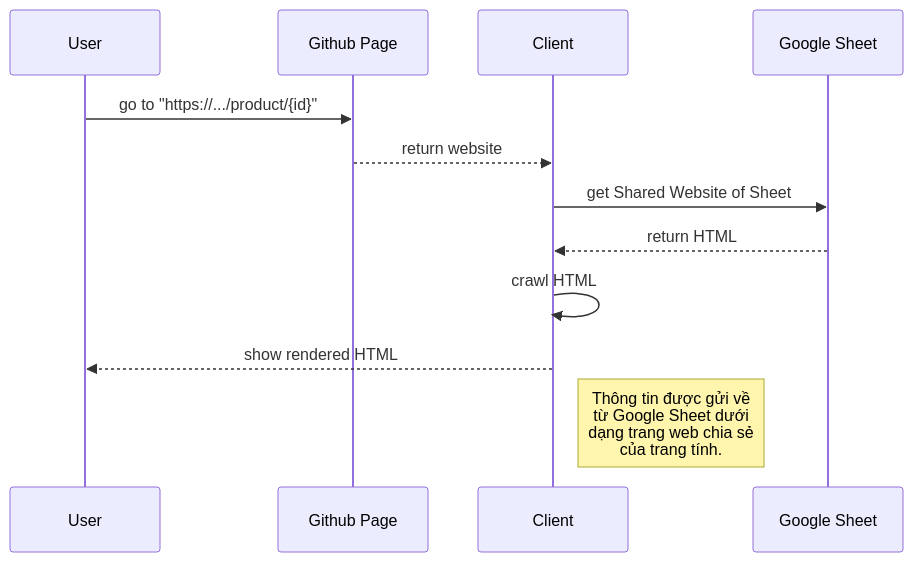
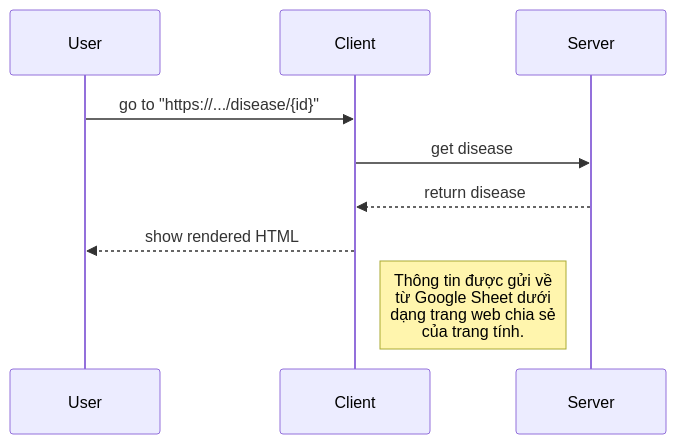
Before and after one commit to itvkist/infectious-disease: the first of 2 diagrams in BE_README.md, drawn with Mermaid.

````diff
--- a/BE_README.md
+++ b/BE_README.md
@@ -1,10 +1,8 @@
 ```mermaid
 sequenceDiagram
-User ->> Github Page: go to "https://.../product/{id}"
-Github Page -->> Client: return website
-Client ->> Google Sheet: get Shared Website of Sheet
-Google Sheet-->>Client: return HTML
-Client ->> Client: crawl HTML
+User ->> Client: go to "https://.../disease/{id}"
+Client ->> Server: get disease
+Server-->>Client: return disease
 Client -->> User: show rendered HTML
 Note right of Client: Thông tin được gửi về <br/> từ Google Sheet dưới <br/> dạng trang web chia sẻ <br/> của trang tính.
 ```
````
